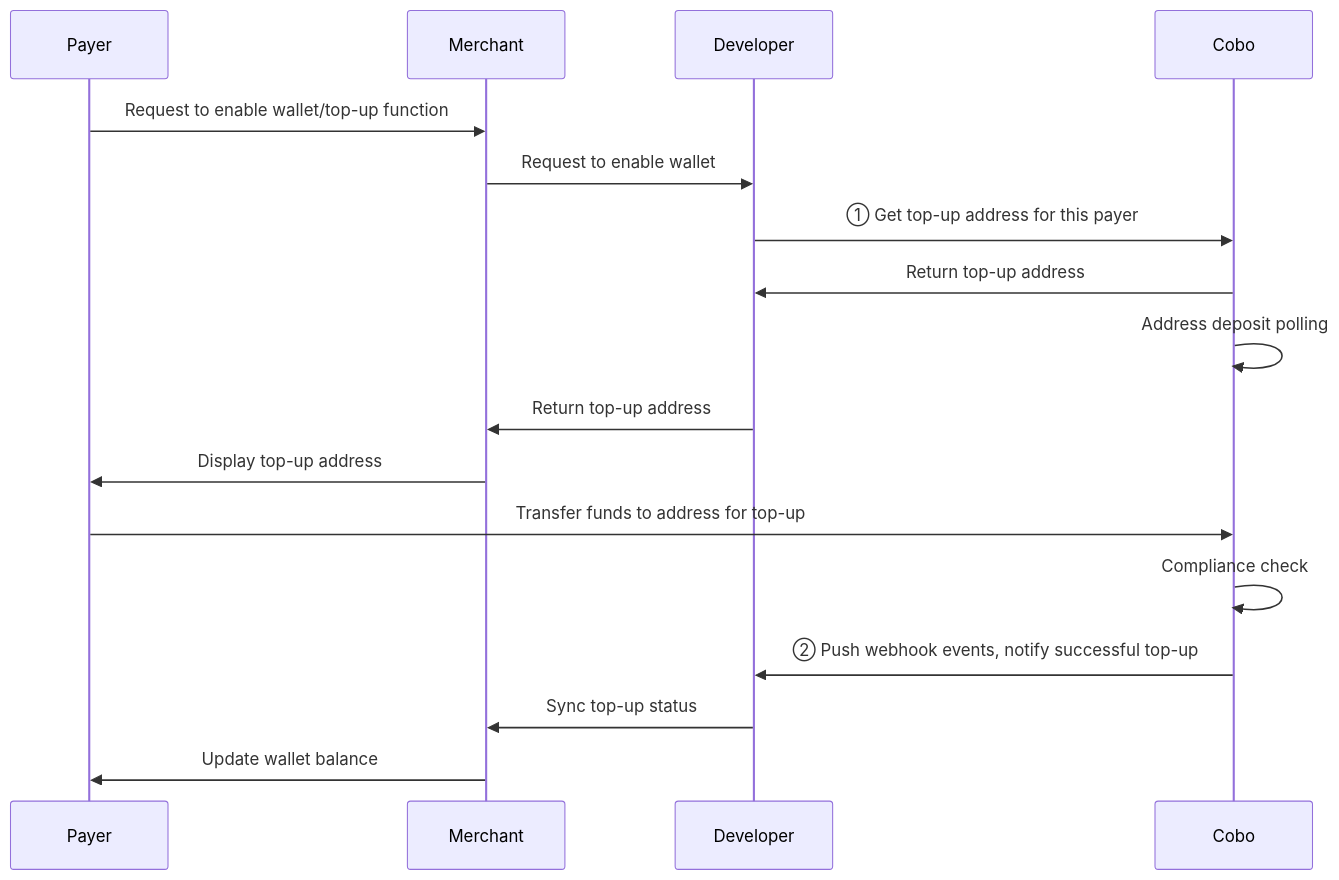
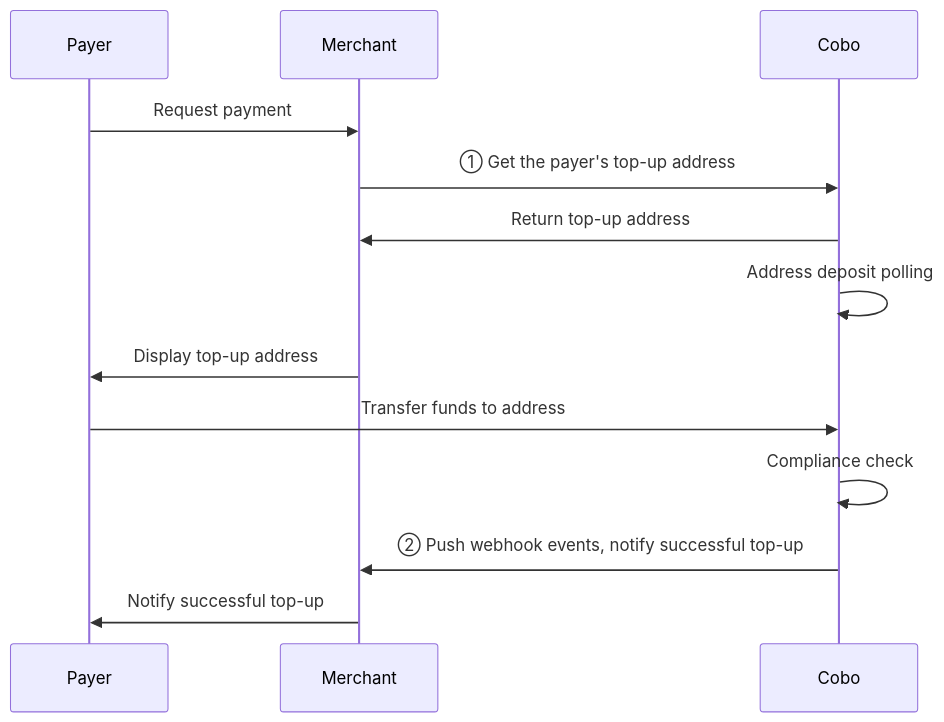
Before and after one commit to rcsh1/developer-site: the diagram in v2/payments/get-topup-addresses.mdx, drawn with Mermaid. The commit also changed other lines of this file and 50 other files, not shown here.

````diff
--- a/v2/payments/get-topup-addresses.mdx
+++ b/v2/payments/get-topup-addresses.mdx
@@ -11,19 +13,15 @@
 ```mermaid
 sequenceDiagram
     participant Payer
     participant Merchant
-    participant Developer
     participant Cobo
-    Payer ->> Merchant: Request to enable wallet/top-up function
-    Merchant ->> Developer: Request to enable wallet
-    Developer ->> Cobo: ① Get top-up address for this payer
-    Cobo ->> Developer: Return top-up address
+    Payer ->> Merchant: Request payment
+    Merchant ->> Cobo: ① Get the payer's top-up address
+    Cobo ->> Merchant: Return top-up address
     Cobo ->> Cobo: Address deposit polling
-    Developer ->> Merchant: Return top-up address
     Merchant ->> Payer: Display top-up address
-    Payer ->> Cobo: Transfer funds to address for top-up
+    Payer ->> Cobo: Transfer funds to address
     Cobo ->> Cobo: Compliance check
-    Cobo ->> Developer: ② Push webhook events, notify successful top-up
-    Developer ->> Merchant: Sync top-up status
-    Merchant ->> Payer: Update wallet balance
+    Cobo ->> Merchant: ② Push webhook events, notify successful top-up
+    Merchant ->> Payer: Notify successful top-up
 ```
````
